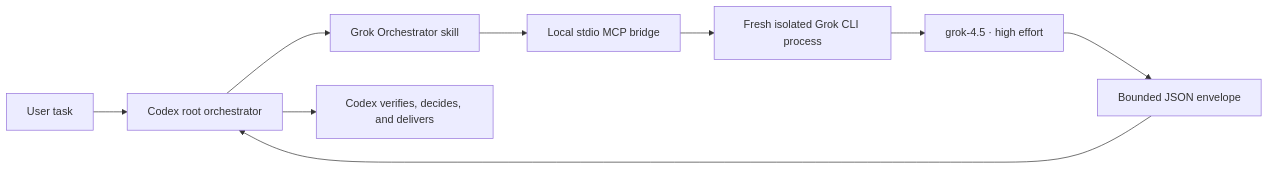
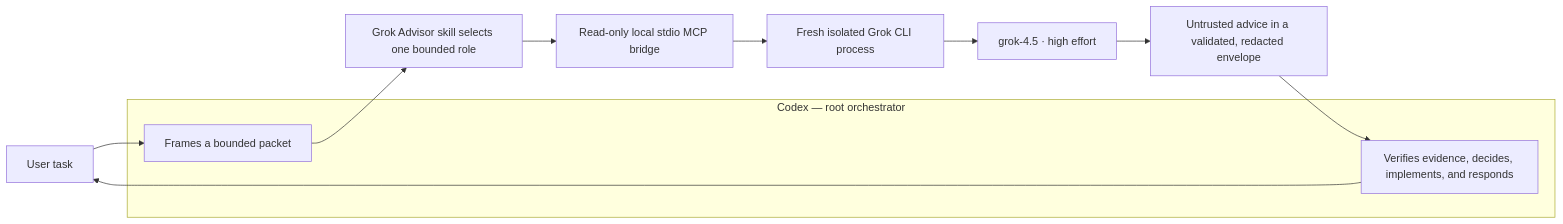
One commit to keiranhaax/grok-plugin changed the diagram in README.md. Above: the diagram before and after it, drawn with Mermaid. The commit also changed other lines of this file and 11 other files, not shown here.

Commit message:
refactor: rename Grok Orchestrator to Grok Advisor

````diff
--- a/README.md
+++ b/README.md
@@ -32,11 +32,15 @@
 ```mermaid
 flowchart LR
-    U["User task"] --> C["Codex root orchestrator"]
-    C --> K["Grok Orchestrator skill"]
-    K --> M["Local stdio MCP bridge"]
+    U["User task"] --> C1
+    subgraph CODEX["Codex — root orchestrator"]
+        C1["Frames a bounded packet"]
+        C2["Verifies evidence, decides, implements, and responds"]
+    end
+    C1 --> A["Grok Advisor skill selects one bounded role"]
+    A --> M["Read-only local stdio MCP bridge"]
     M --> P["Fresh isolated Grok CLI process"]
     P --> G["grok-4.5 · high effort"]
-    G --> J["Bounded JSON envelope"]
-    J --> C
-    C --> V["Codex verifies, decides, and delivers"]
+    G --> J["Untrusted advice in a validated, redacted envelope"]
+    J --> C2
+    C2 --> U
 ```
````
